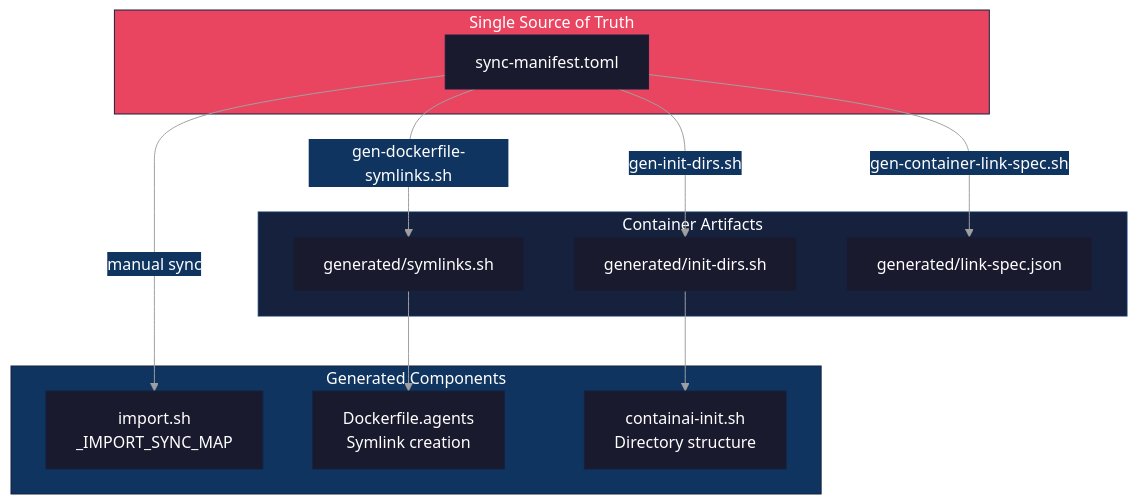
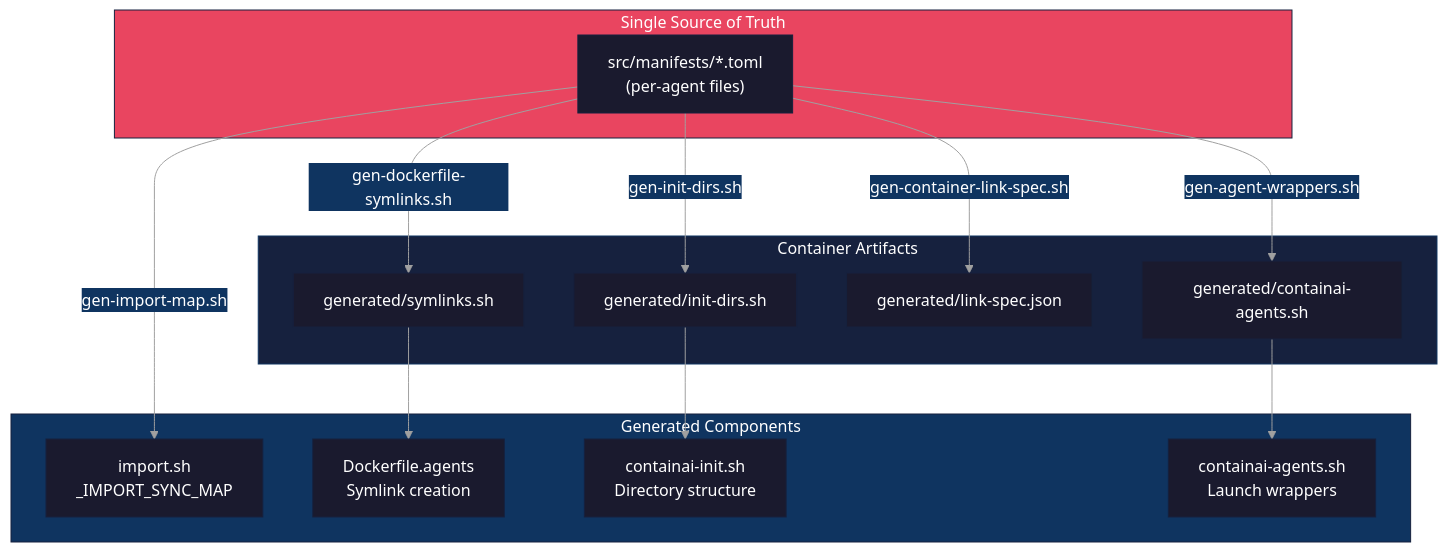
One commit to novotnyllc/ContainAI changed the second of 3 diagrams in docs/sync-architecture.md. Above: the diagram before and after it, drawn with Mermaid. The commit also changed other lines of this file and 5 other files, not shown here.

First line of the commit message:
docs: update documentation for per-agent manifest structure

````diff
--- a/docs/sync-architecture.md
+++ b/docs/sync-architecture.md
@@ -50,40 +50,44 @@
 ```mermaid
 %%{init: {'theme': 'base', 'themeVariables': {
   'primaryColor': '#1a1a2e',
   'primaryTextColor': '#ffffff',
   'primaryBorderColor': '#16213e',
   'secondaryColor': '#0f3460',
   'tertiaryColor': '#1a1a2e',
   'lineColor': '#a0a0a0',
   'textColor': '#ffffff',
   'background': '#0d1117'
 }}}%%
 flowchart TB
     subgraph Source["Single Source of Truth"]
-        Manifest["sync-manifest.toml"]
+        Manifests["src/manifests/*.toml<br/>(per-agent files)"]
     end
 
     subgraph Components["Generated Components"]
         Import["import.sh<br/>_IMPORT_SYNC_MAP"]
         Dockerfile["Dockerfile.agents<br/>Symlink creation"]
         Init["containai-init.sh<br/>Directory structure"]
+        Wrappers["containai-agents.sh<br/>Launch wrappers"]
     end
 
     subgraph Artifacts["Container Artifacts"]
         SymlinksScript["generated/symlinks.sh"]
         InitDirs["generated/init-dirs.sh"]
         LinkSpec["generated/link-spec.json"]
+        AgentWrappers["generated/containai-agents.sh"]
     end
 
-    Manifest -->|"gen-dockerfile-symlinks.sh"| SymlinksScript
-    Manifest -->|"gen-init-dirs.sh"| InitDirs
-    Manifest -->|"gen-container-link-spec.sh"| LinkSpec
-    Manifest -->|"manual sync"| Import
+    Manifests -->|"gen-import-map.sh"| Import
+    Manifests -->|"gen-dockerfile-symlinks.sh"| SymlinksScript
+    Manifests -->|"gen-init-dirs.sh"| InitDirs
+    Manifests -->|"gen-container-link-spec.sh"| LinkSpec
+    Manifests -->|"gen-agent-wrappers.sh"| AgentWrappers
 
     SymlinksScript --> Dockerfile
     InitDirs --> Init
+    AgentWrappers --> Wrappers
 
     style Source fill:#e94560,stroke:#16213e,color:#fff
     style Components fill:#0f3460,stroke:#16213e,color:#fff
     style Artifacts fill:#16213e,stroke:#0f3460,color:#fff
 ```
````
